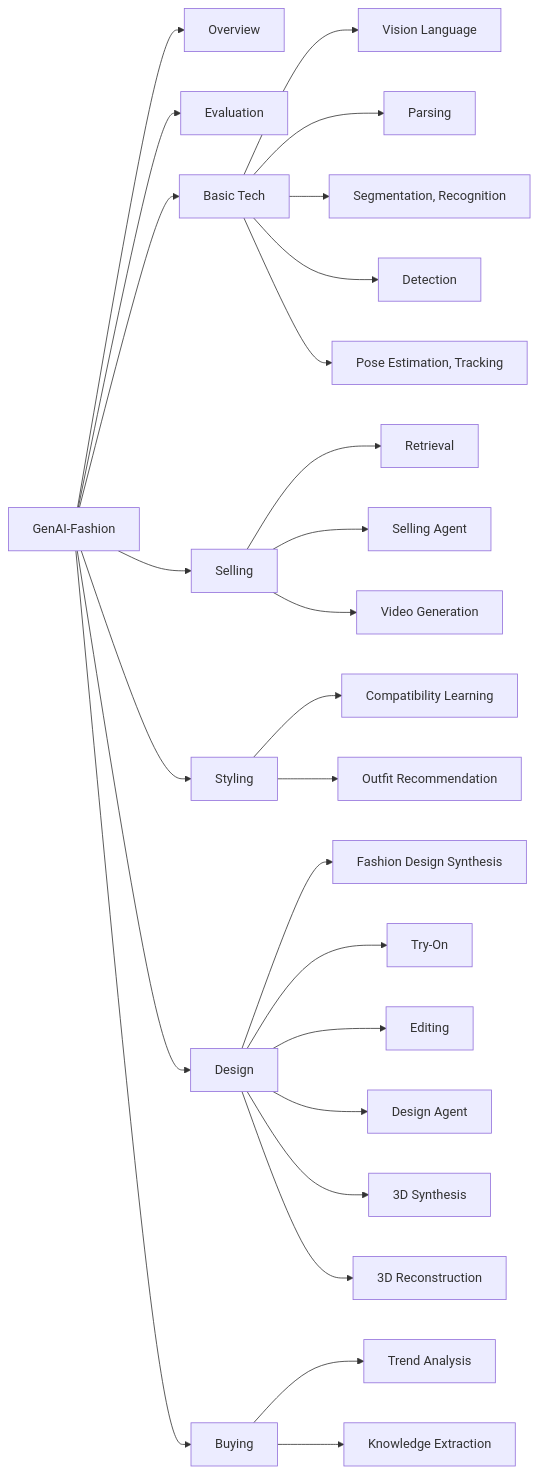
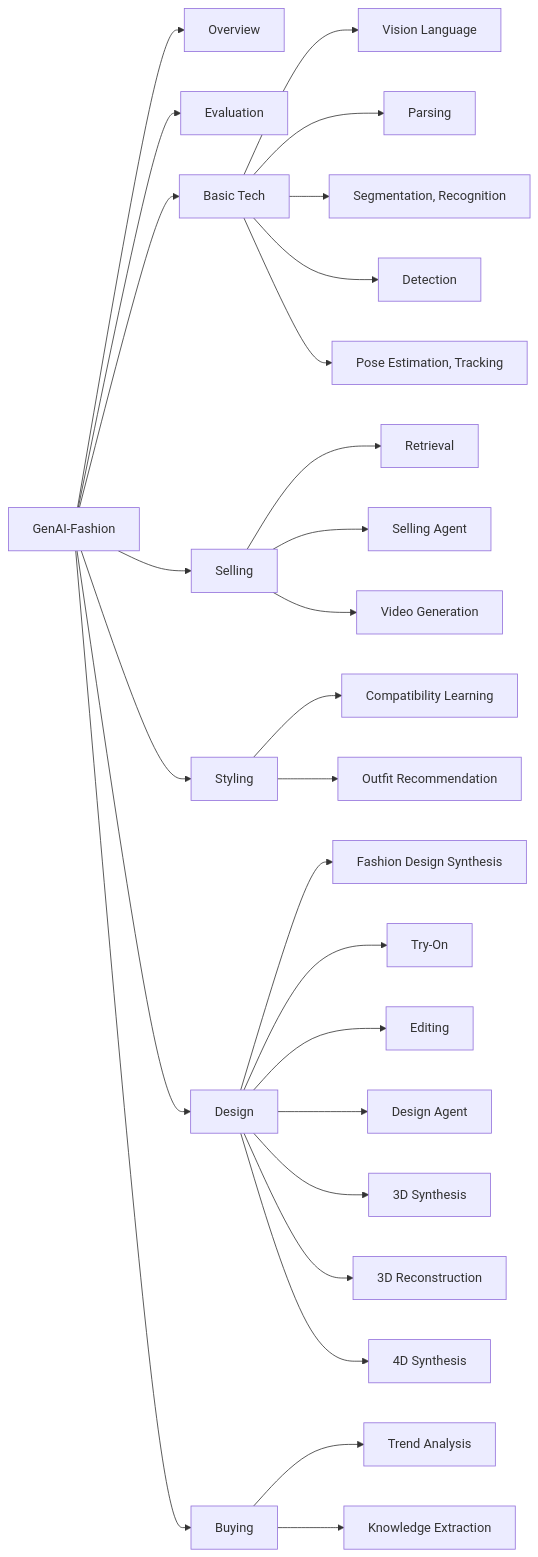
One commit to wendashi/Cool-GenAI-Fashion-Papers changed the diagram in README.md. Above: the diagram before and after it, drawn with Mermaid. The commit also changed other lines of this file, not shown here.

````diff
--- a/README.md
+++ b/README.md
@@ -41,35 +42,36 @@
 ```mermaid
 graph LR
   GenAIFashion[GenAI-Fashion]
   GenAIFashion --> Overview[Overview]
   GenAIFashion --> Evaluation[Evaluation]
   GenAIFashion --> BasicTech[Basic Tech]
   GenAIFashion --> Selling[Selling]
   GenAIFashion --> Styling[Styling]
   GenAIFashion --> Design[Design]
   GenAIFashion --> Buying[Buying]
 
   BasicTech --> VisionLanguage[Vision Language]
   BasicTech --> Parsing[Parsing]
   BasicTech --> SegmentationRecognition[Segmentation, Recognition]
   BasicTech --> Detection[Detection]
   BasicTech --> PoseEstimationTracking[Pose Estimation, Tracking] 
 
   Selling --> Retrieval[Retrieval]
   Selling --> SellingAgent[Selling Agent]
   Selling --> VideoGeneration[Video Generation]
 
   Styling --> CompatibilityLearning[Compatibility Learning]
   Styling --> OutfitRecommendation[Outfit Recommendation]
 
   Design --> FashionDesignSynthesis[Fashion Design Synthesis]
   Design --> TryOn[Try-On]
   Design --> Editing[Editing]
   Design --> DesignAgent[Design Agent]
   Design --> 3DSynthesis[3D Synthesis]
   Design --> 3DReconstruction[3D Reconstruction]
+  Design --> 4DSynthesis[4D Synthesis]
   
   Buying --> TrendAnalysis[Trend Analysis]
   Buying --> KnowledgeExtraction[Knowledge Extraction]
   
 ```
````
